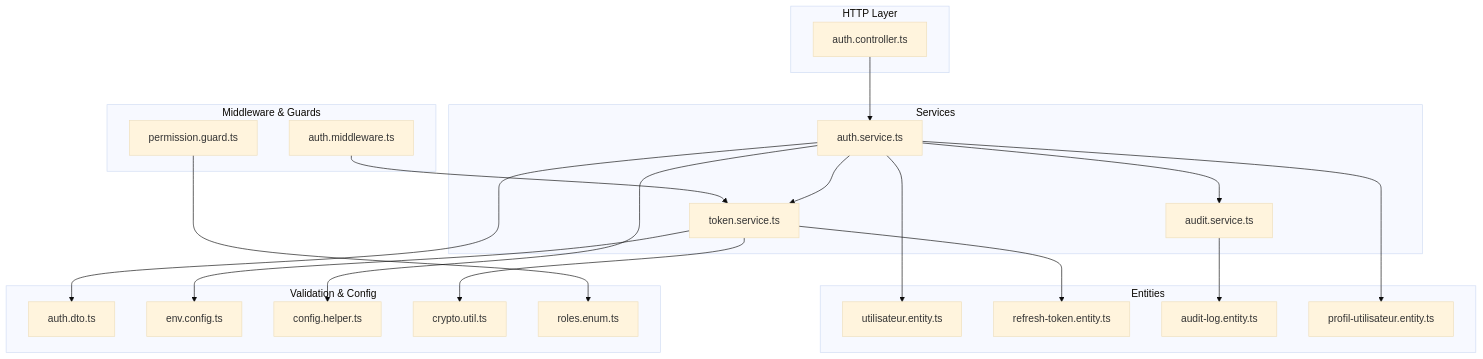
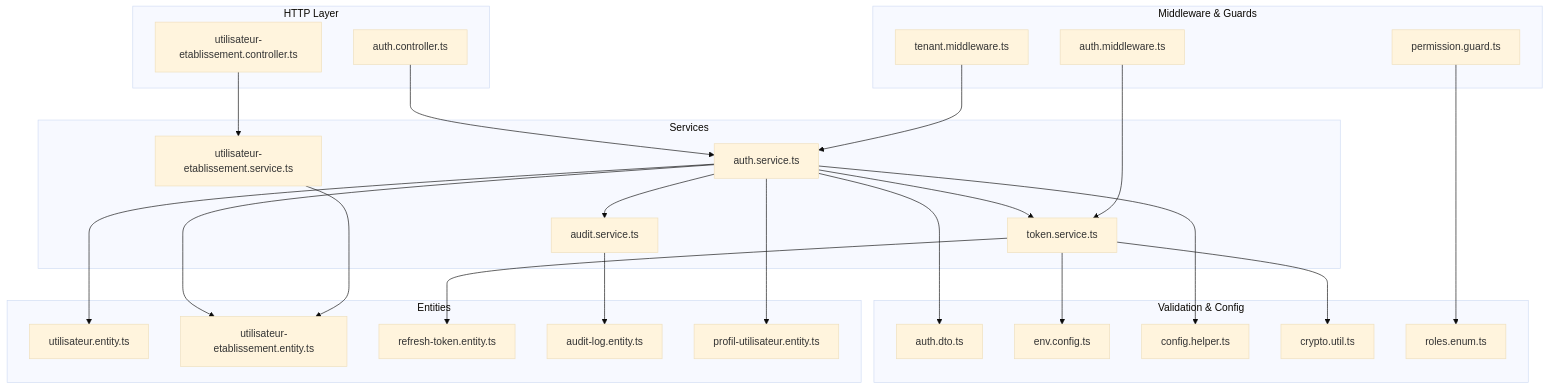
One commit to franckylab/eLISAschool changed the first of 9 diagrams in .qoder/repowiki/en/content/Authentication & Authorization/Authentication Flow.md. Above: the diagram before and after it, drawn with Mermaid (base theme). The commit also changed other lines of this file and 75 other files, not shown here.

````diff
--- a/.qoder/repowiki/en/content/Authentication & Authorization/Authentication Flow.md
+++ b/.qoder/repowiki/en/content/Authentication & Authorization/Authentication Flow.md
@@ -39,41 +53,49 @@
 ```mermaid
 graph TB
 subgraph "HTTP Layer"
 AC["auth.controller.ts"]
+UEC["utilisateur-etablissement.controller.ts"]
 end
 subgraph "Services"
 AS["auth.service.ts"]
+UES["utilisateur-etablissement.service.ts"]
 TS["token.service.ts"]
 AUD["audit.service.ts"]
 end
 subgraph "Middleware & Guards"
 AMW["auth.middleware.ts"]
+TMW["tenant.middleware.ts"]
 PG["permission.guard.ts"]
 end
 subgraph "Entities"
 UE["utilisateur.entity.ts"]
+UTE["utilisateur-etablissement.entity.ts"]
 RTE["refresh-token.entity.ts"]
 ALE["audit-log.entity.ts"]
 PE["profil-utilisateur.entity.ts"]
 end
 subgraph "Validation & Config"
 DTO["auth.dto.ts"]
 ENV["env.config.ts"]
 CFG["config.helper.ts"]
 CRYPTO["crypto.util.ts"]
 ROLES["roles.enum.ts"]
 end
 AC --> AS
+UEC --> UES
 AS --> TS
 AS --> AUD
 AS --> UE
+AS --> UTE
 AS --> PE
+UES --> UTE
 TS --> RTE
 AMW --> TS
+TMW --> AS
 PG --> ROLES
 AS --> CFG
 TS --> ENV
 AS --> DTO
 TS --> CRYPTO
 AUD --> ALE
 ```
````
